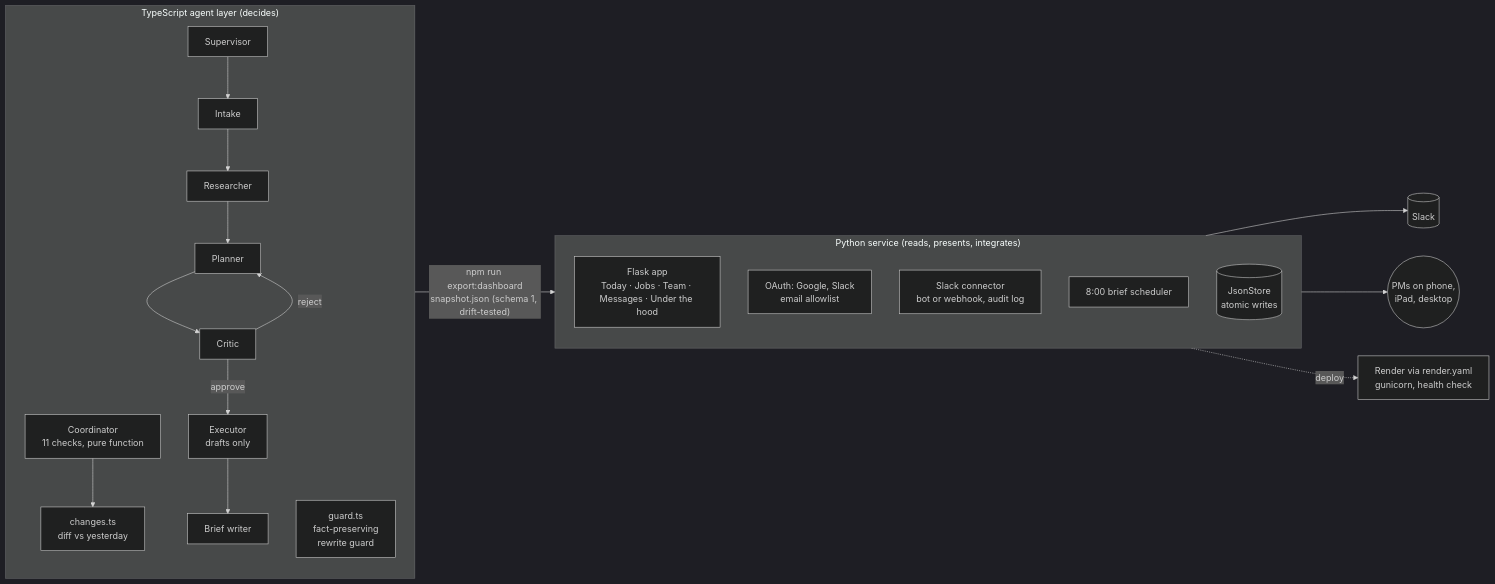
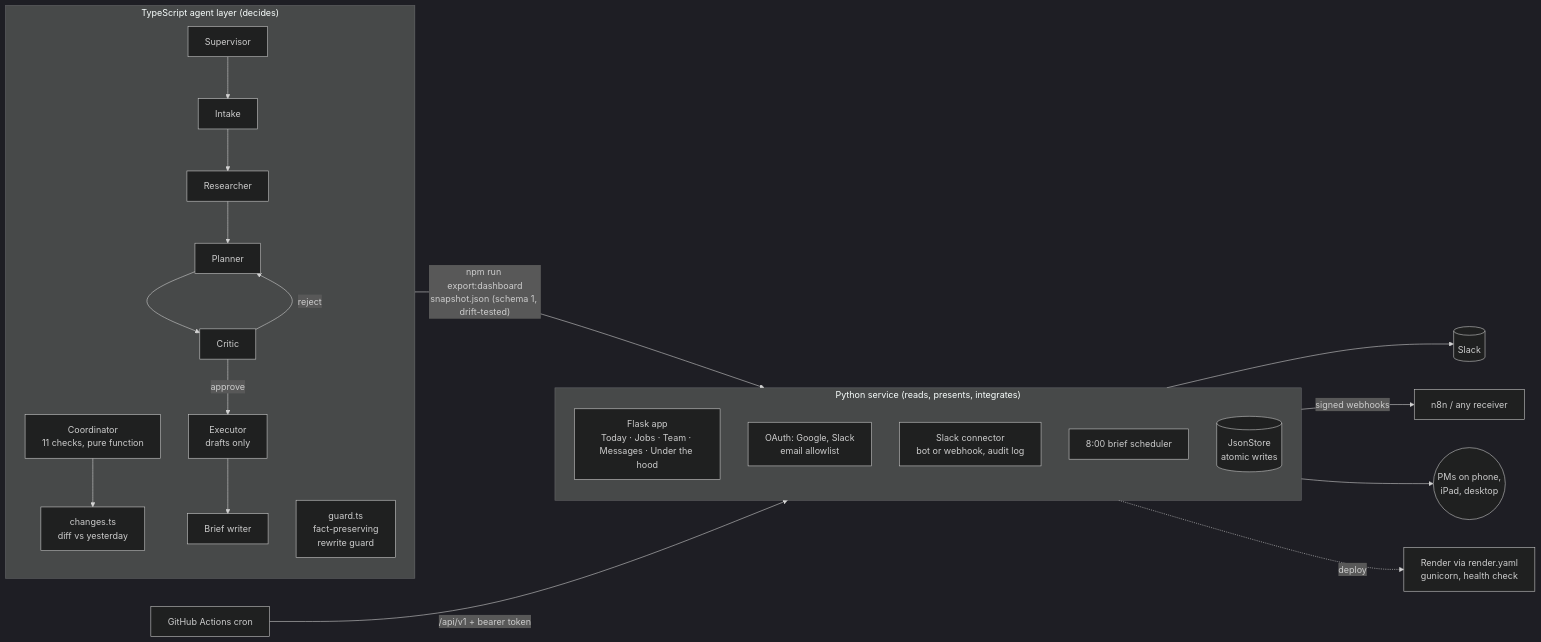
The diagram in README.md (saltylvn/benchmark-ai), drawn with Mermaid (dark theme) before and after one commit. The commit also changed other lines of this file and 13 other files, not shown here.

Commit message:
Automation layer: token API, signed webhooks, scheduled brief, n8n templates (#23)

````diff
--- a/README.md
+++ b/README.md
@@ -41,23 +41,25 @@
 ```mermaid
 flowchart LR
   subgraph Agents["TypeScript agent layer (decides)"]
     direction TB
     C[Coordinator<br/>11 checks, pure function] --> D[changes.ts<br/>diff vs yesterday]
     S[Supervisor] --> I[Intake] --> R[Researcher] --> P[Planner] --> K[Critic]
     K -- reject --> P
     K -- approve --> E[Executor<br/>drafts only] --> B[Brief writer]
     G[guard.ts<br/>fact-preserving<br/>rewrite guard]
   end
   Agents -- "npm run export:dashboard<br/>snapshot.json (schema 1, drift-tested)" --> F
   subgraph F["Python service (reads, presents, integrates)"]
     direction TB
     W[Flask app<br/>Today · Jobs · Team · Messages · Under the hood]
     A[OAuth: Google, Slack<br/>email allowlist]
     SL[Slack connector<br/>bot or webhook, audit log]
     BR[8:00 brief scheduler]
     ST[(JsonStore<br/>atomic writes)]
   end
   F --> Slack[(Slack)]
+  F -- "signed webhooks" --> N8N[n8n / any receiver]
+  GHA[GitHub Actions cron] -- "/api/v1 + bearer token" --> F
   F --> Users((PMs on phone,<br/>iPad, desktop))
   F -. deploy .-> Render[Render via render.yaml<br/>gunicorn, health check]
 ```
````
